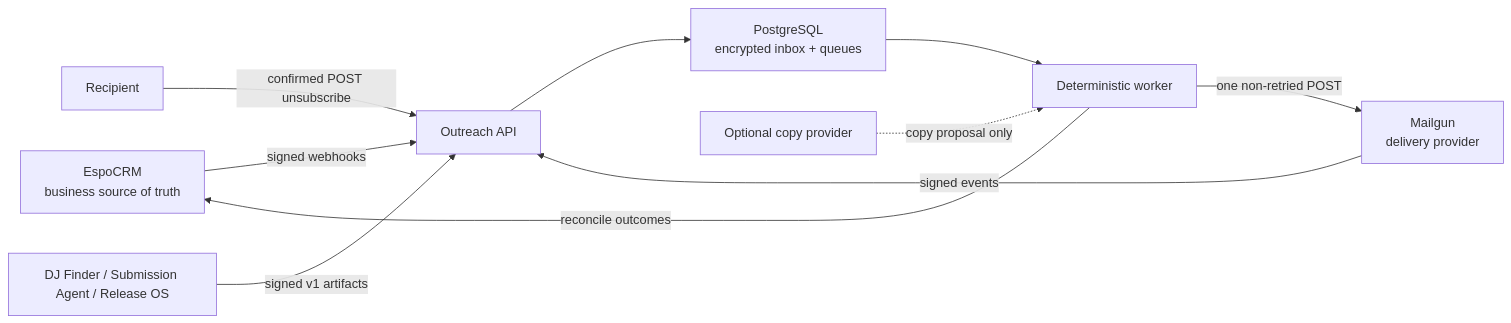
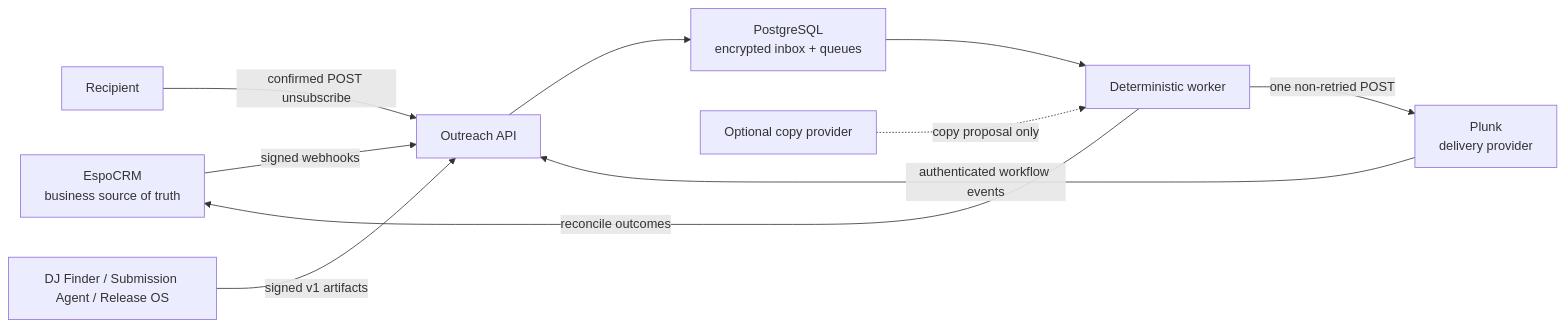
Before and after one commit to ancproggrams/marcsmusic-site: the diagram in services/outreach-worker/README.md, drawn with Mermaid. The commit also changed other lines of this file and 40 other files, not shown here.

````diff
--- a/services/outreach-worker/README.md
+++ b/services/outreach-worker/README.md
@@ -11,12 +17,12 @@
 ```mermaid
 flowchart LR
     CRM["EspoCRM\nbusiness source of truth"] -->|"signed webhooks"| API["Outreach API"]
-    MG["Mailgun\ndelivery provider"] -->|"signed events"| API
+    MG["Plunk\ndelivery provider"] -->|"authenticated workflow events"| API
     U["Recipient"] -->|"confirmed POST unsubscribe"| API
     SRC["DJ Finder / Submission Agent / Release OS"] -->|"signed v1 artifacts"| API
     API --> PG["PostgreSQL\nencrypted inbox + queues"]
     PG --> W["Deterministic worker"]
     W -->|"reconcile outcomes"| CRM
     W -->|"one non-retried POST"| MG
     AI["Optional copy provider"] -. "copy proposal only" .-> W
 ```
````
